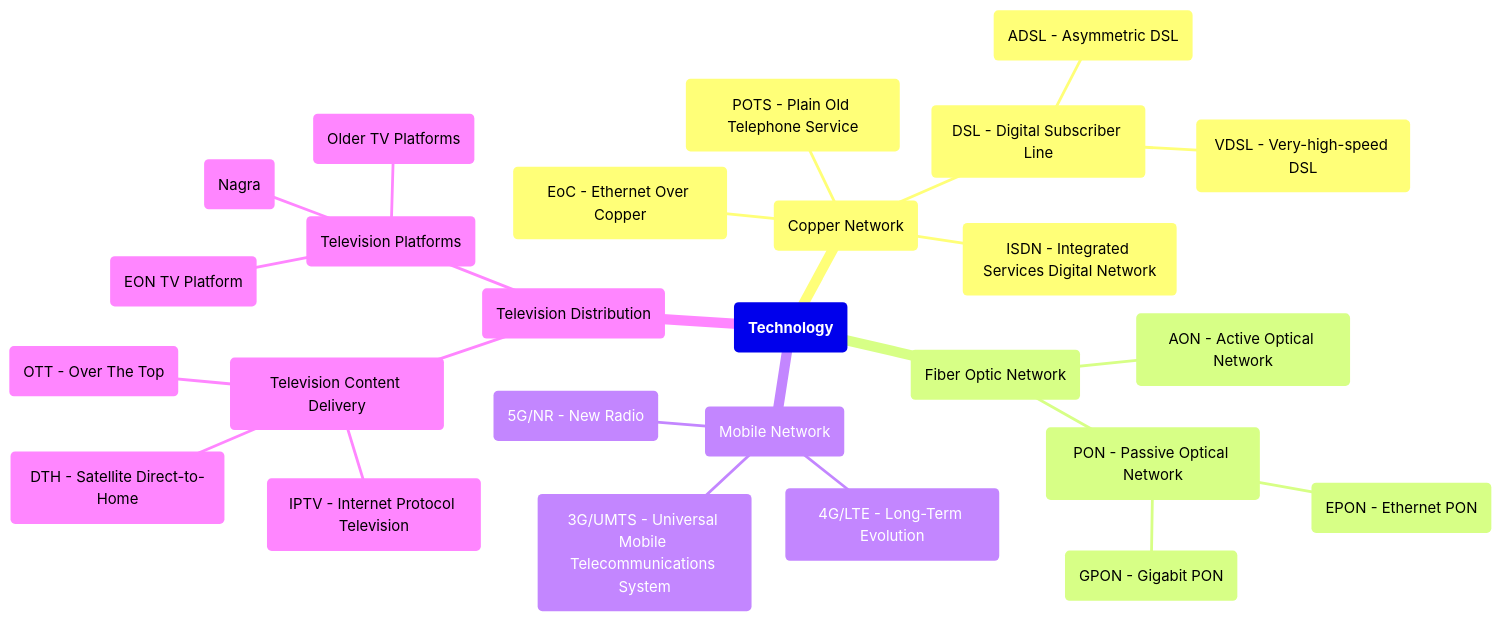
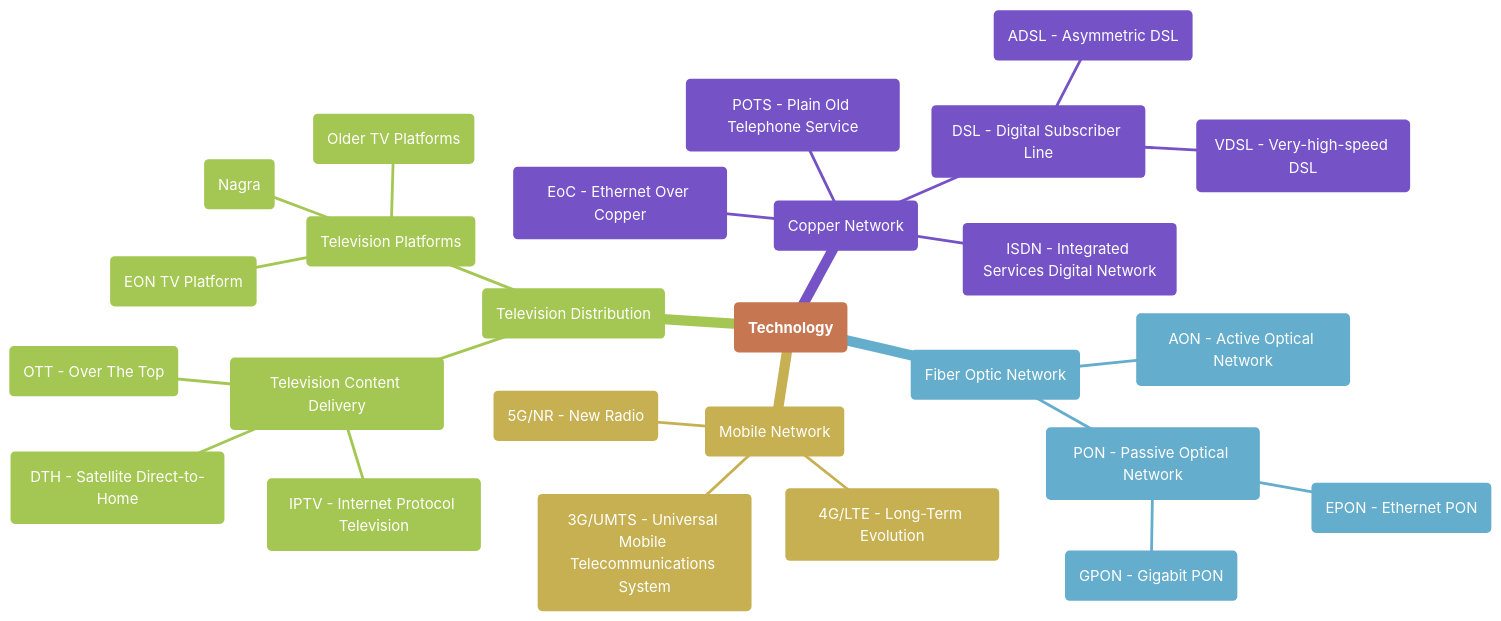
One commit to philip-mohsen/telecom changed the first of 4 diagrams in docs/mindmaps.md. Above: the diagram before and after it, drawn with Mermaid. The commit also changed other lines of this file, not shown here.

````diff
--- a/docs/mindmaps.md
+++ b/docs/mindmaps.md
@@ -13,38 +13,40 @@
 ```mermaid
 %%{
     init:{
-        'theme': 'base',
-        'themeVariables': {
-            'darkMode': 'true',
-            'fontFamily': 'Roboto',
+        "theme": "base",
+        "themeVariables": {
+            "primaryColor": "#e6c2b2",
+            "primaryTextColor": "#fff",
+            "fontFamily": 'Roboto,sans-serif'
         }
     }
 }%%
 mindmap
 (**Technology**)
     (Copper Network)
+        
         (POTS - Plain Old Telephone Service)
         (DSL - Digital Subscriber Line)
             (ADSL - Asymmetric DSL)
             (VDSL - Very-high-speed DSL)
         (ISDN - Integrated Services Digital Network)
         (EoC - Ethernet Over Copper)
     (Fiber Optic Network)
         (AON - Active Optical Network)
         (PON - Passive Optical Network)
             (EPON - Ethernet PON)
             (GPON - Gigabit PON)
     (Mobile Network)
         (3G/UMTS - Universal Mobile Telecommunications System)
         (4G/LTE - Long-Term Evolution)
         (5G/NR - New Radio)
     (Television Distribution)
         (Television Content Delivery)
             (IPTV - Internet Protocol Television)
             (DTH - Satellite Direct-to-Home)
             (OTT - Over The Top)
         (Television Platforms)
             (EON TV Platform)
             (Nagra)
             (Older TV Platforms)
 ```
````
